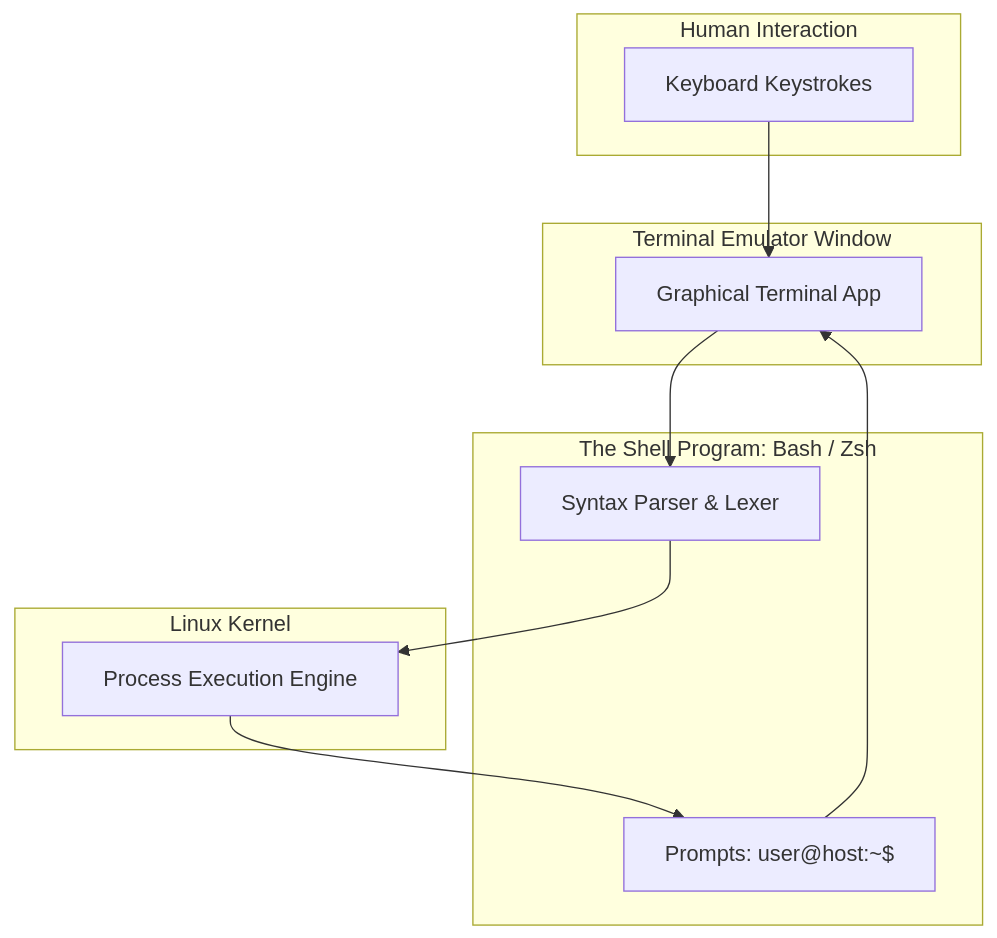
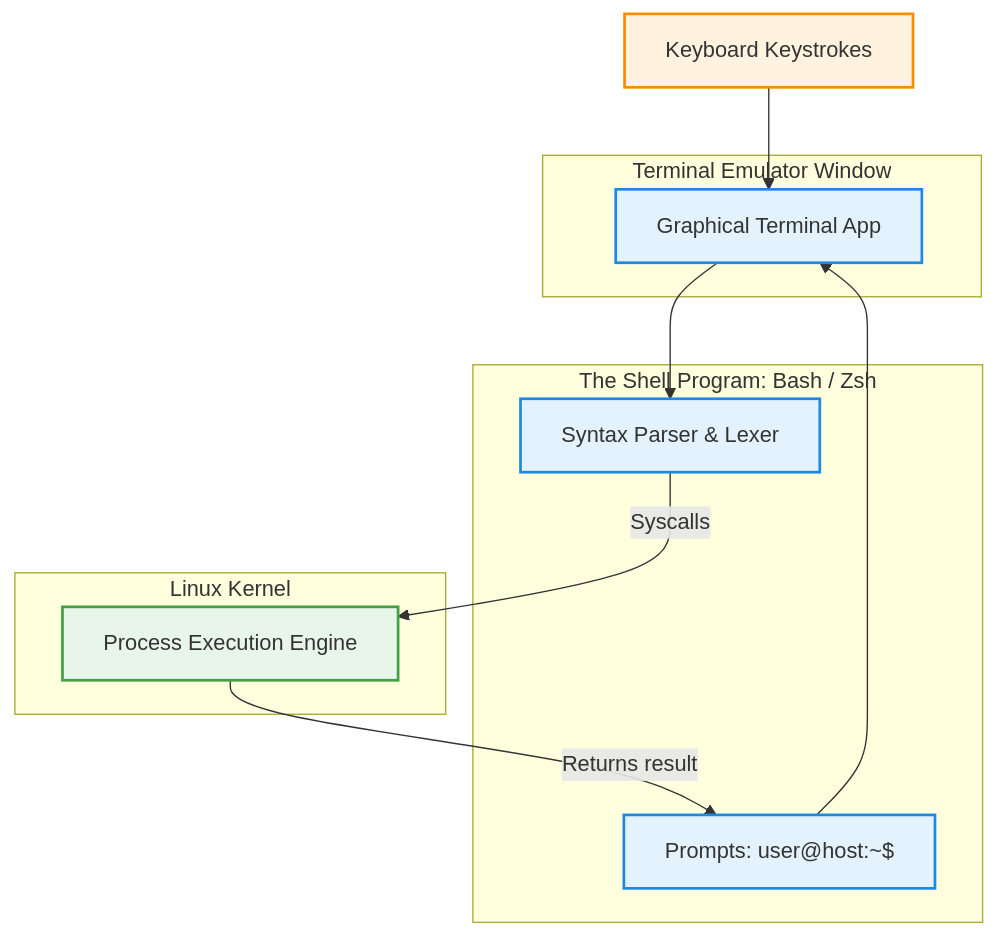
The diagram in courses/platform-engineering/modules/module-01/lesson-05.md (aloysiuspattath/platform-engineering-ai-course), drawn with Mermaid before and after one commit. The commit also changed 114 other files, not shown here.

Commit message:
refactor: massive swarm diagram review enforcing architectural layers and strict color palette

````diff
--- a/courses/platform-engineering/modules/module-01/lesson-05.md
+++ b/courses/platform-engineering/modules/module-01/lesson-05.md
@@ -89,25 +89,26 @@
 ```mermaid
 flowchart TD
-    subgraph HumanInput [Human Interaction]
-        KEYBOARD[Keyboard Keystrokes]
-    end
+    classDef userSpace fill:#e3f2fd,stroke:#1e88e5,stroke-width:2px;
+    classDef kernelSpace fill:#e8f5e9,stroke:#43a047,stroke-width:2px;
+    classDef hardware fill:#fff3e0,stroke:#fb8c00,stroke-width:2px;
 
+    KEYBOARD[Keyboard Keystrokes]:::hardware --> GUI
+    
     subgraph TerminalEmulator [Terminal Emulator Window]
-        GUI[Graphical Terminal App]
+        GUI[Graphical Terminal App]:::userSpace
     end
 
     subgraph ShellProgram [The Shell Program: Bash / Zsh]
-        PARSE[Syntax Parser & Lexer]
-        PROMPT[Prompts: user@host:~$]
+        PARSE[Syntax Parser & Lexer]:::userSpace
+        PROMPT[Prompts: user@host:~$]:::userSpace
     end
 
     subgraph OSKernel [Linux Kernel]
-        EXEC[Process Execution Engine]
+        EXEC[Process Execution Engine]:::kernelSpace
     end
 
-    KEYBOARD --> GUI
     GUI --> PARSE
-    PARSE --> EXEC
-    EXEC --> PROMPT
+    PARSE -->|Syscalls| EXEC
+    EXEC -->|Returns result| PROMPT
     PROMPT --> GUI
 ```
````
